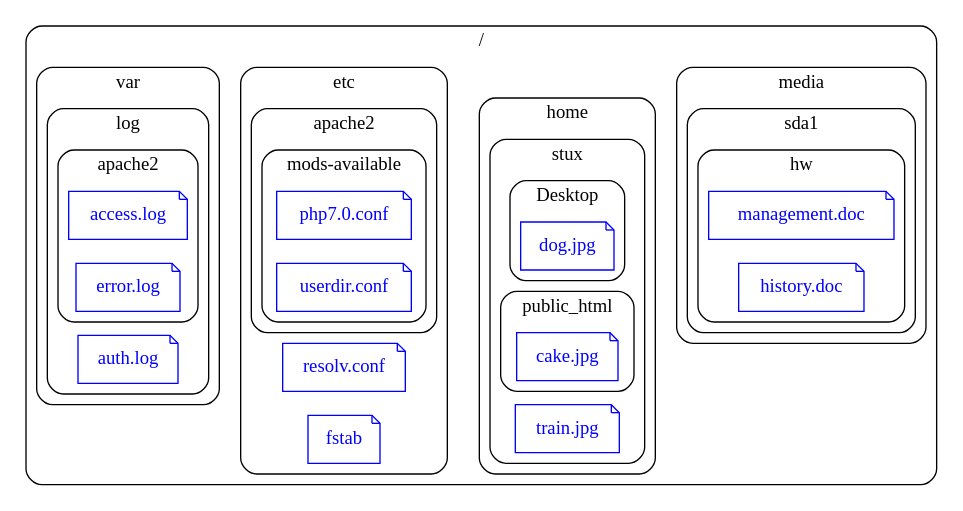
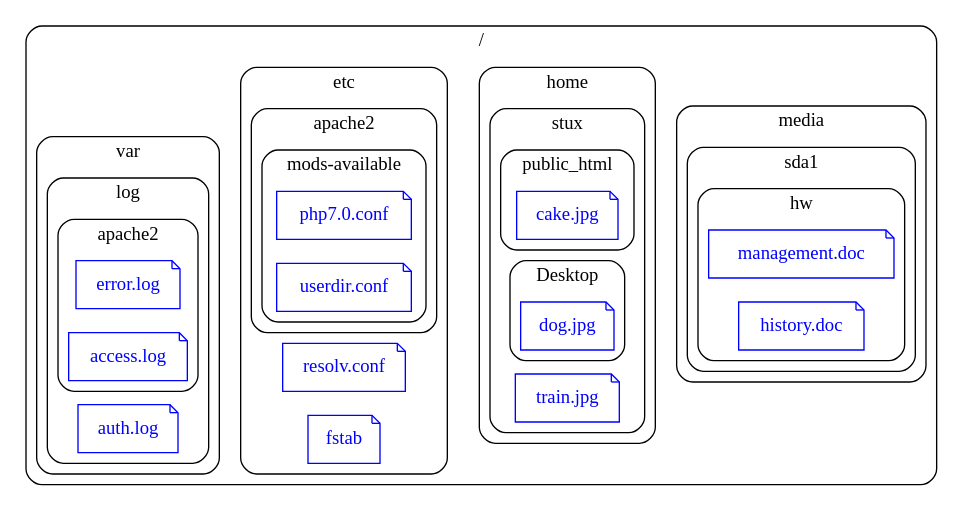
Before and after one commit to ckhung/dirtree2dot: the diagram in ex2.dot, drawn with Graphviz. The commit also changed 6 other files, not shown here.

```diff
--- a/ex2.dot
+++ b/ex2.dot
@@ -1,66 +1,67 @@
-digraph G{
+digraph G {
   rankdir = LR;
   overlap = scale;
   # http://www.graphviz.org/content/global-subgraph-style-statements
   graph [shape="folder", style="rounded"];
   node [shape="note", color="blue", fontcolor="blue"];
   edge [style=invis];
   subgraph "cluster" {
     label="/";
     subgraph "cluster/home" {
       label="home";
       subgraph "cluster/home/stux" {
         label="stux";
-        subgraph "cluster/home/stux/Desktop" {
-          label="Desktop";
-          "/home/stux/Desktop/dog.jpg" [ label="dog.jpg"];
-        }
         subgraph "cluster/home/stux/public_html" {
           label="public_html";
           "/home/stux/public_html/cake.jpg" [ label="cake.jpg"];
         }
         "/home/stux/train.jpg" [ label="train.jpg"];
-      }
-    }
-    subgraph "cluster/etc" {
-      label="etc";
-      "/etc/resolv.conf" [ label="resolv.conf"];
-      subgraph "cluster/etc/apache2" {
-        label="apache2";
-        subgraph "cluster/etc/apache2/mods-available" {
-          label="mods-available";
-          "/etc/apache2/mods-available/php7.0.conf" [ label="php7.0.conf"];
-          "/etc/apache2/mods-available/userdir.conf" [ label="userdir.conf"];
+        subgraph "cluster/home/stux/Desktop" {
+          label="Desktop";
+          "/home/stux/Desktop/dog.jpg" [ label="dog.jpg"];
         }
-      }
-      "/etc/fstab" [ label="fstab"];
-    }
-    subgraph "cluster/var" {
-      label="var";
-      subgraph "cluster/var/log" {
-        label="log";
-        subgraph "cluster/var/log/apache2" {
-          label="apache2";
-          "/var/log/apache2/access.log" [ label="access.log"];
-          "/var/log/apache2/error.log" [ label="error.log"];
-        }
-        "/var/log/auth.log" [ label="auth.log"];
       }
     }
     subgraph "cluster/media" {
       label="media";
       subgraph "cluster/media/sda1" {
         label="sda1";
         subgraph "cluster/media/sda1/hw" {
           label="hw";
           "/media/sda1/hw/management.doc" [ label="management.doc"];
           "/media/sda1/hw/history.doc" [ label="history.doc"];
         }
       }
     }
+    subgraph "cluster/etc" {
+      label="etc";
+      "/etc/resolv.conf" [ label="resolv.conf"];
+      "/etc/fstab" [ label="fstab"];
+      subgraph "cluster/etc/apache2" {
+        label="apache2";
+        subgraph "cluster/etc/apache2/mods-available" {
+          label="mods-available";
+          "/etc/apache2/mods-available/php7.0.conf" [ label="php7.0.conf"];
+          "/etc/apache2/mods-available/userdir.conf" [ label="userdir.conf"];
+        }
+      }
+    }
+    subgraph "cluster/var" {
+      label="var";
+      subgraph "cluster/var/log" {
+        label="log";
+        "/var/log/auth.log" [ label="auth.log"];
+        subgraph "cluster/var/log/apache2" {
+          label="apache2";
+          "/var/log/apache2/error.log" [ label="error.log"];
+          "/var/log/apache2/access.log" [ label="access.log"];
+        }
+      }
+    }
   }
   "/var/log/apache2/error.log" ->
   "/etc/apache2/mods-available/userdir.conf" ->
   "/home/stux/Desktop/dog.jpg" ->
   "/media/sda1/hw/history.doc";
+
 }
```
